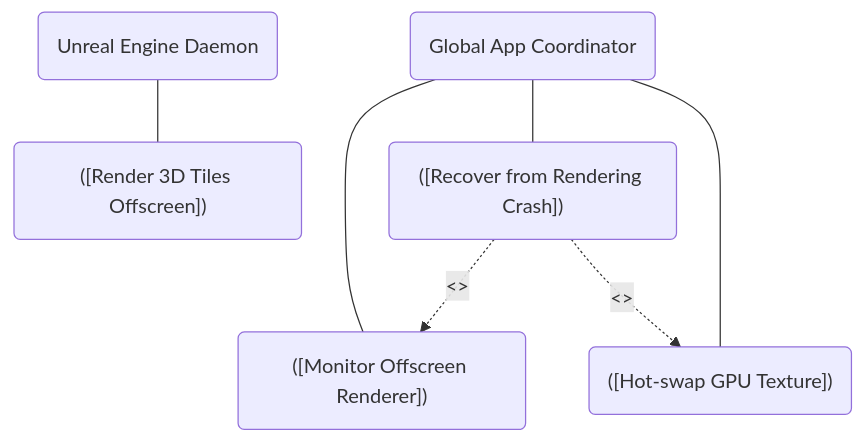
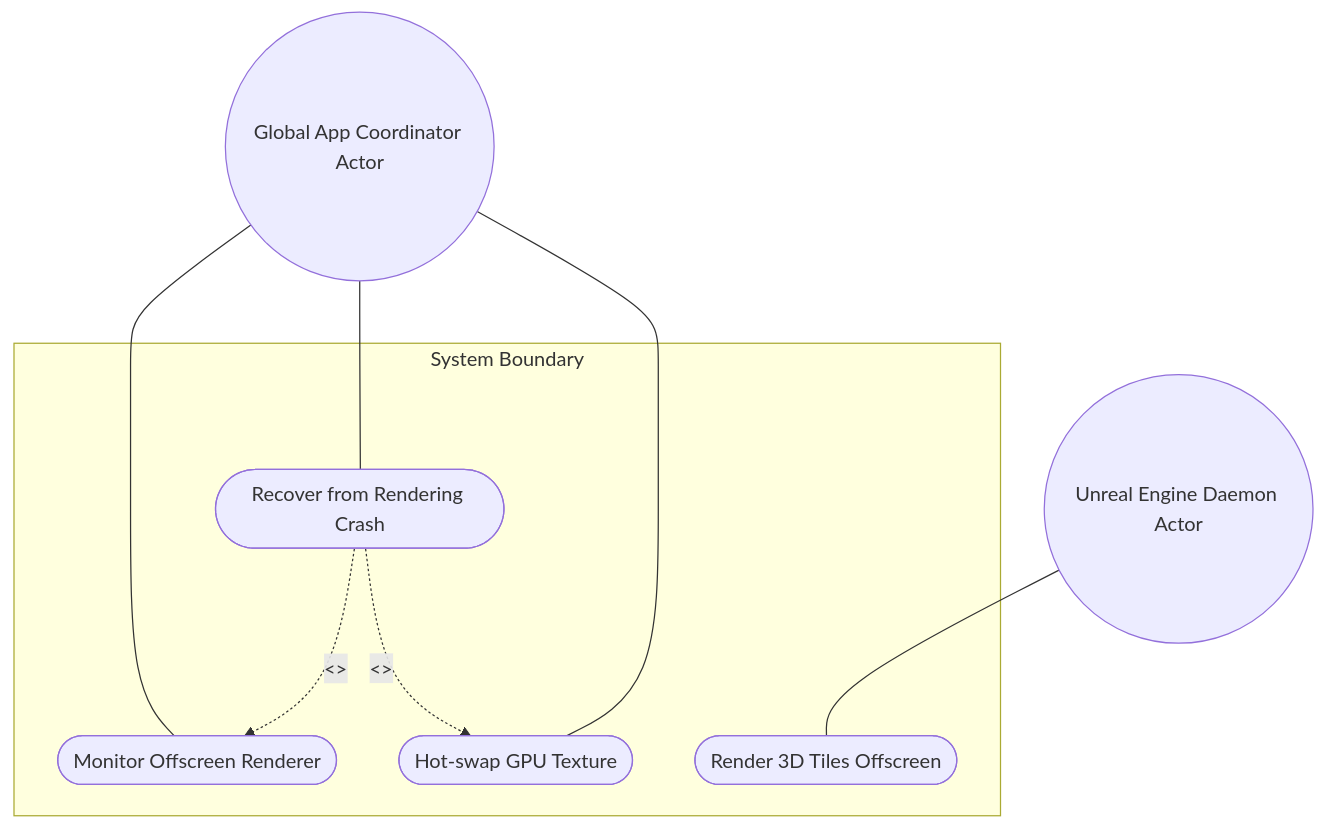
Before and after one commit to gintatkinson/3dgs-phoenix: the first of 2 diagrams in docs/use-cases/uc-46-rendering-crash-recovery.md, drawn with Mermaid. The commit also changed 3 other files, not shown here.

Commit message:
docs: fix UML and compliance linter failures in use cases and epics

````diff
--- a/docs/use-cases/uc-46-rendering-crash-recovery.md
+++ b/docs/use-cases/uc-46-rendering-crash-recovery.md
@@ -13,18 +13,20 @@
 ```mermaid
 flowchart TD
-    Coordinator("Global App Coordinator")
-    Daemon("Unreal Engine Daemon")
+    CoordinatorActor(("Global App Coordinator Actor"))
+    DaemonActor(("Unreal Engine Daemon Actor"))
 
-    UC1("([Monitor Offscreen Renderer])")
-    UC2("([Recover from Rendering Crash])")
-    UC3("([Hot-swap GPU Texture])")
-    UC4("([Render 3D Tiles Offscreen])")
+    subgraph SystemBoundary["System Boundary"]
+        UC1(["Monitor Offscreen Renderer"])
+        UC2(["Recover from Rendering Crash"])
+        UC3(["Hot-swap GPU Texture"])
+        UC4(["Render 3D Tiles Offscreen"])
+    end
 
-    Coordinator --- UC1
-    Coordinator --- UC2
-    Coordinator --- UC3
-    Daemon --- UC4
+    CoordinatorActor --- UC1
+    CoordinatorActor --- UC2
+    CoordinatorActor --- UC3
+    DaemonActor --- UC4
 
-    UC2 -.->|"<<include>>"| UC1
-    UC2 -.->|"<<include>>"| UC3
+    UC2 -. "<<include>>" .-> UC1
+    UC2 -. "<<include>>" .-> UC3
 ```
````
